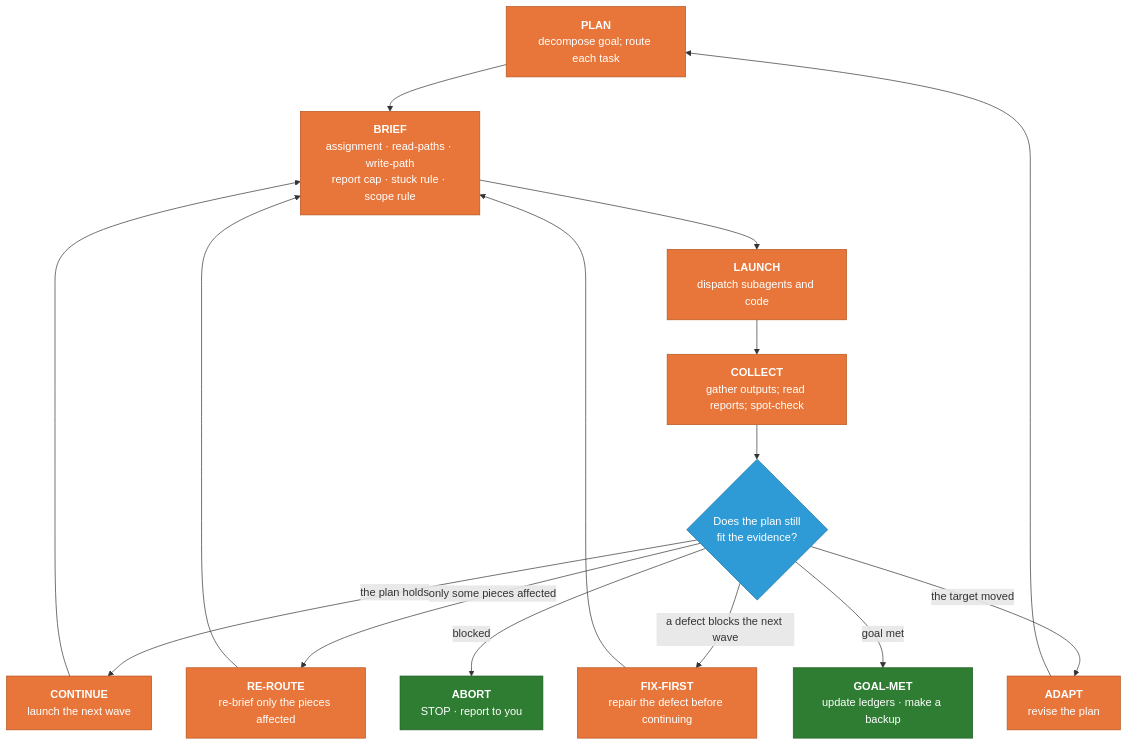
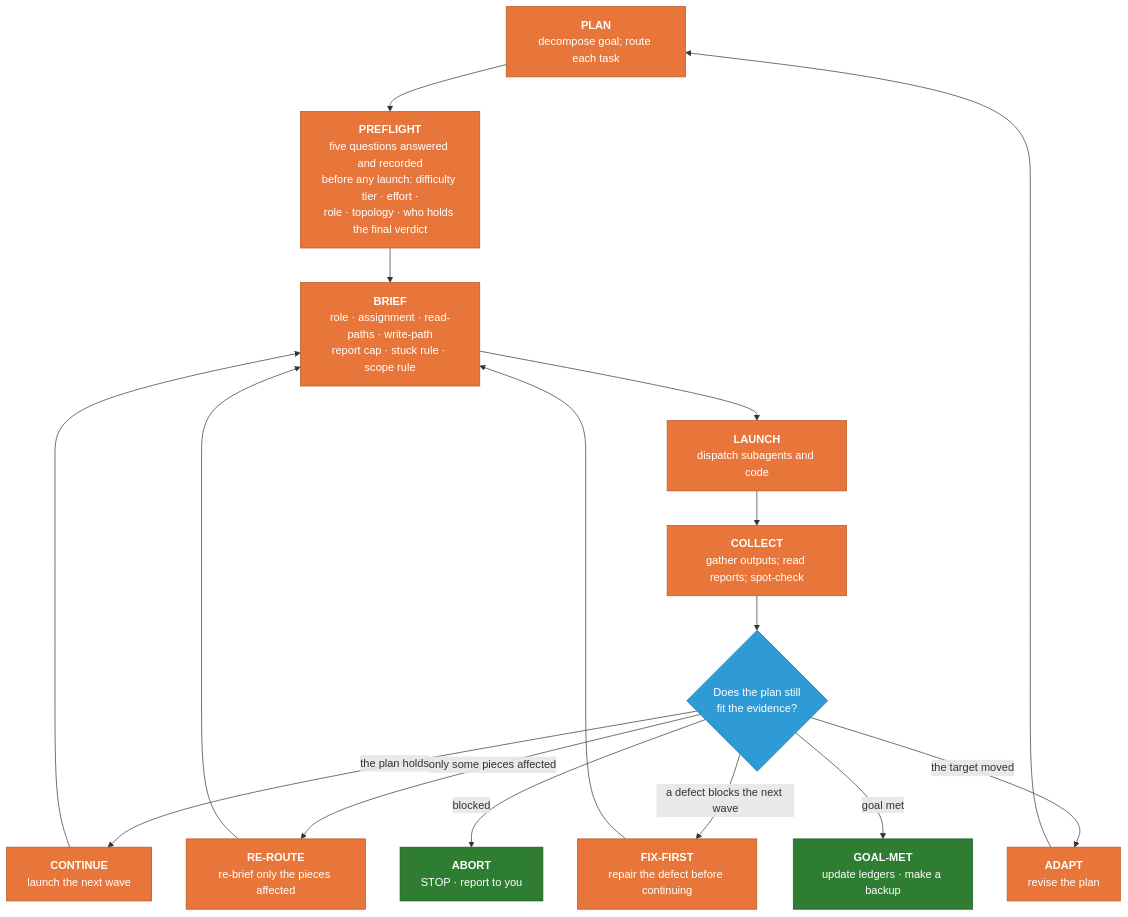
Before and after one commit to forest-microclimate/CC-CS-Research-Toolkits: the second of 4 diagrams in Documentation/human_md/WORKFLOW_GUIDE.md, drawn with Mermaid. The commit also changed other lines of this file and 107 other files, not shown here.

````diff
--- a/Documentation/human_md/WORKFLOW_GUIDE.md
+++ b/Documentation/human_md/WORKFLOW_GUIDE.md
@@ -142,31 +185,32 @@
 ```mermaid
 flowchart TD
     PLAN["<b>PLAN</b><br/>decompose goal; route each task"]
-    BRIEF["<b>BRIEF</b><br/>assignment · read-paths · write-path<br/>report cap · stuck rule · scope rule"]
+    PRE["<b>PREFLIGHT</b><br/>five questions answered and recorded<br/>before any launch: difficulty tier · effort ·<br/>role · topology · who holds the final verdict"]
+    BRIEF["<b>BRIEF</b><br/>role · assignment · read-paths · write-path<br/>report cap · stuck rule · scope rule"]
     LAUNCH["<b>LAUNCH</b><br/>dispatch subagents and code"]
     COLLECT["<b>COLLECT</b><br/>gather outputs; read reports; spot-check"]
     SYN{"Does the plan still<br/>fit the evidence?"}
     CONT["<b>CONTINUE</b><br/>launch the next wave"]
     REROUTE["<b>RE-ROUTE</b><br/>re-brief only the pieces affected"]
     FIXFIRST["<b>FIX-FIRST</b><br/>repair the defect before continuing"]
     ADAPT["<b>ADAPT</b><br/>revise the plan"]
     ABORT["<b>ABORT</b><br/>STOP · report to you"]
     CLOSE["<b>GOAL-MET</b><br/>update ledgers · make a backup"]
-    PLAN --> BRIEF --> LAUNCH --> COLLECT --> SYN
+    PLAN --> PRE --> BRIEF --> LAUNCH --> COLLECT --> SYN
     SYN -->|"the plan holds"| CONT
     CONT --> BRIEF
     SYN -->|"only some pieces affected"| REROUTE
     REROUTE --> BRIEF
     SYN -->|"a defect blocks the next wave"| FIXFIRST
     FIXFIRST --> BRIEF
     SYN -->|"the target moved"| ADAPT
     ADAPT --> PLAN
     SYN -->|"blocked"| ABORT
     SYN -->|"goal met"| CLOSE
     classDef step fill:#E8763A,stroke:#B4551F,color:#ffffff
     classDef decide fill:#2E9BD6,stroke:#1C6FA0,color:#ffffff
     classDef close fill:#2E7D32,stroke:#1B5E20,color:#ffffff
-    class PLAN,BRIEF,LAUNCH,COLLECT,CONT,REROUTE,FIXFIRST,ADAPT step
+    class PLAN,PRE,BRIEF,LAUNCH,COLLECT,CONT,REROUTE,FIXFIRST,ADAPT step
     class SYN decide
     class ABORT,CLOSE close
 ```
````
